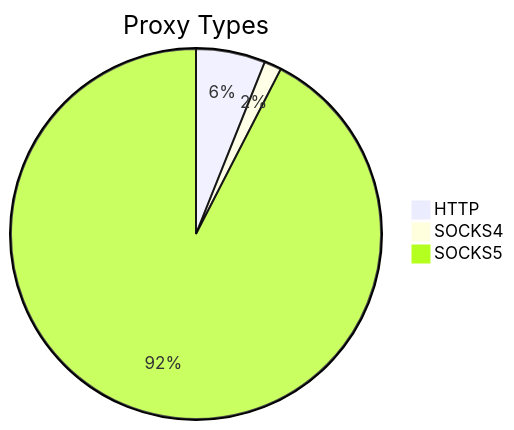
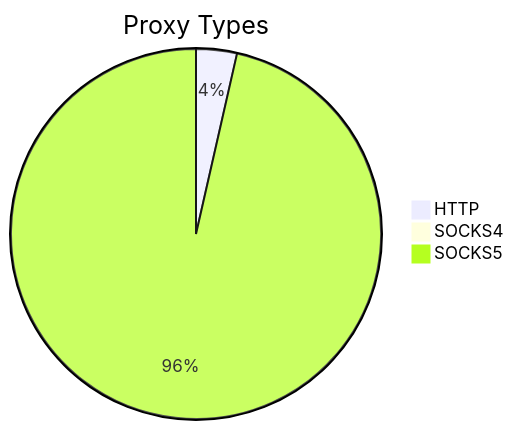
One commit to stormsia/proxy-list changed the first of 2 diagrams in README.md. Above: the diagram before and after it, drawn with Mermaid. The commit also changed other lines of this file, not shown here.

````diff
--- a/README.md
+++ b/README.md
@@ -21,6 +21,6 @@
 ```mermaid
 pie title Proxy Types
-    "HTTP" : 137
-    "SOCKS4" : 34
-    "SOCKS5" : 2091
+    "HTTP" : 234
+    "SOCKS4" : 60
+    "SOCKS5" : 6338
 ```
````
